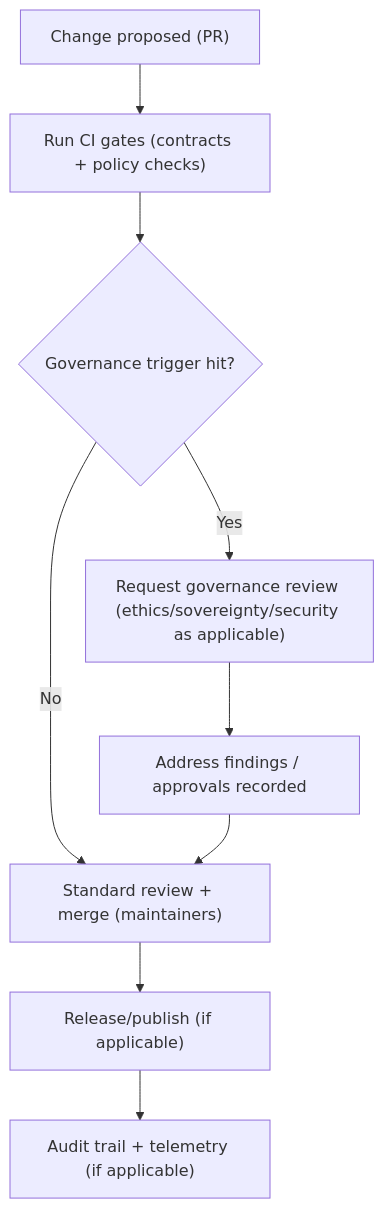
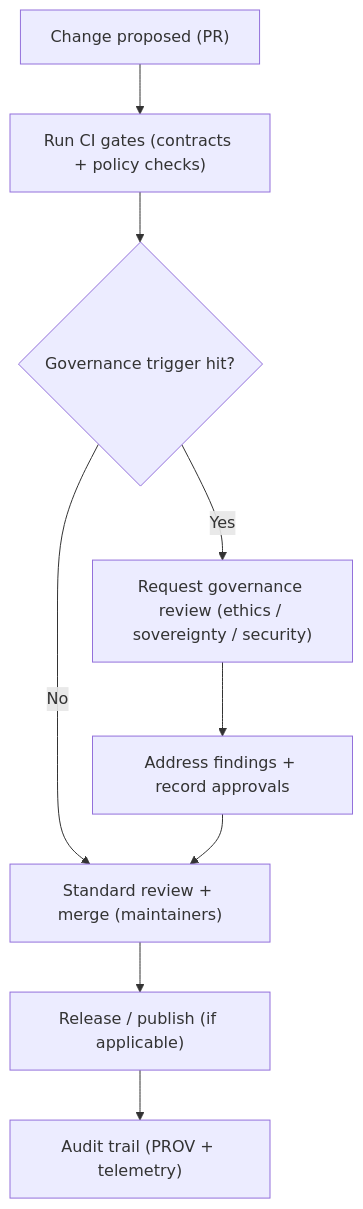
One commit to bartytime4life/Kansas-Frontier-Matrix changed the first of 2 diagrams in docs/governance/README.md. Above: the diagram before and after it, drawn with Mermaid. The commit also changed other lines of this file, not shown here.

```diff
--- a/docs/governance/README.md
+++ b/docs/governance/README.md
@@ -178,11 +249,11 @@
 ~~~mermaid
 flowchart TD
   A["Change proposed (PR)"] --> B["Run CI gates (contracts + policy checks)"]
   B --> C{"Governance trigger hit?"}
   C -- "No" --> D["Standard review + merge (maintainers)"]
-  C -- "Yes" --> E["Request governance review (ethics/sovereignty/security as applicable)"]
-  E --> F["Address findings / approvals recorded"]
+  C -- "Yes" --> E["Request governance review (ethics / sovereignty / security)"]
+  E --> F["Address findings + record approvals"]
   F --> D
-  D --> G["Release/publish (if applicable)"]
-  G --> H["Audit trail + telemetry (if applicable)"]
+  D --> G["Release / publish (if applicable)"]
+  G --> H["Audit trail (PROV + telemetry)"]
 ~~~
```
